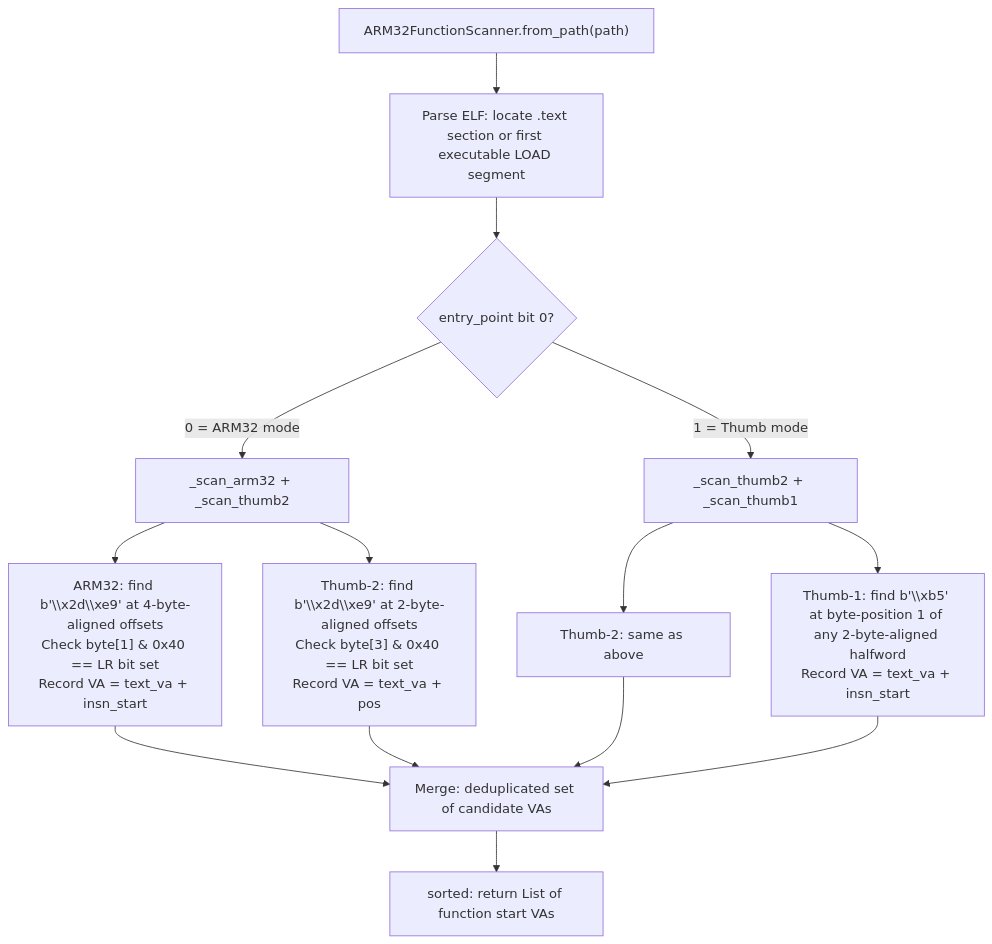
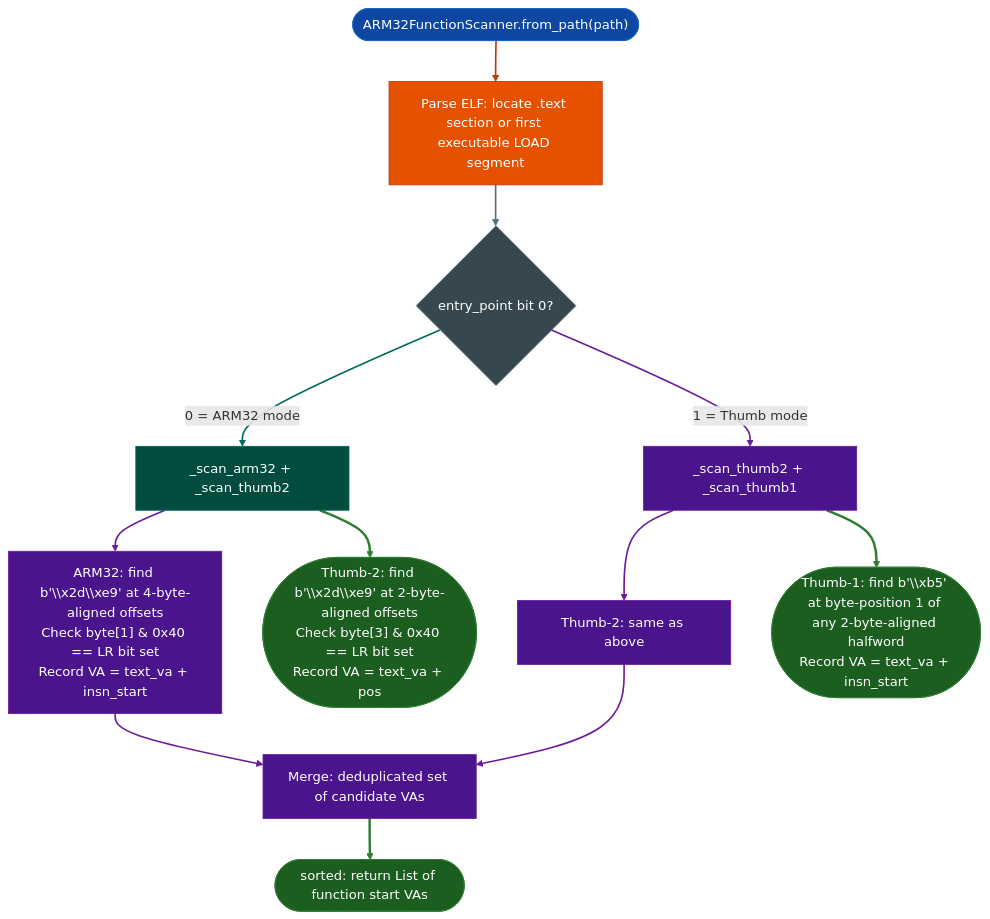
One commit to Ablation-Tool/ablation changed the diagram in docs/reference-modules/stripped-function-discovery.md. Above: the diagram before and after it, drawn with Mermaid. The commit also changed 320 other files, not shown here.

First line of the commit message:
docs: apply canonical Mermaid template to all 321 diagrams

````diff
--- a/docs/reference-modules/stripped-function-discovery.md
+++ b/docs/reference-modules/stripped-function-discovery.md
@@ -21,14 +21,31 @@
 ```mermaid
 flowchart TD
-    A["ARM32FunctionScanner.from_path(path)"] --> B[Parse ELF: locate .text section or first executable LOAD segment]
-    B --> C{entry_point bit 0?}
-    C -->|0 = ARM32 mode| D["_scan_arm32 + _scan_thumb2"]
-    C -->|1 = Thumb mode| E["_scan_thumb2 + _scan_thumb1"]
-    D --> F["ARM32: find b'\\x2d\\xe9' at 4-byte-aligned offsets\nCheck byte[1] & 0x40 == LR bit set\nRecord VA = text_va + insn_start"]
-    D --> G["Thumb-2: find b'\\x2d\\xe9' at 2-byte-aligned offsets\nCheck byte[3] & 0x40 == LR bit set\nRecord VA = text_va + pos"]
-    E --> H["Thumb-2: same as above"]
-    E --> I["Thumb-1: find b'\\xb5' at byte-position 1 of any 2-byte-aligned halfword\nRecord VA = text_va + insn_start"]
-    F & G --> J[Merge: deduplicated set of candidate VAs]
-    H & I --> J
-    J --> K[sorted: return List of function start VAs]
+    A(["ARM32FunctionScanner.from_path(path)"]):::input --> B["Parse ELF: locate .text section or first executable LOAD segment"]:::primary
+    B:::primary --> C{"entry_point bit 0?"}:::neutral
+    C:::neutral -->|0 = ARM32 mode| D["_scan_arm32 + _scan_thumb2"]:::secondary
+    C:::neutral -->|1 = Thumb mode| E["_scan_thumb2 + _scan_thumb1"]:::tertiary
+    D:::secondary --> F["ARM32: find b'\\x2d\\xe9' at 4-byte-aligned offsets\nCheck byte[1] & 0x40 == LR bit set\nRecord VA = text_va + insn_start"]:::tertiary
+    D:::secondary --> G(["Thumb-2: find b'\\x2d\\xe9' at 2-byte-aligned offsets\nCheck byte[3] & 0x40 == LR bit set\nRecord VA = text_va + pos"]):::output
+    E:::tertiary --> H["Thumb-2: same as above"]:::tertiary
+    E:::tertiary --> I(["Thumb-1: find b'\\xb5' at byte-position 1 of any 2-byte-aligned halfword\nRecord VA = text_va + insn_start"]):::output
+    F:::tertiary --> J["Merge: deduplicated set of candidate VAs"]:::tertiary
+    H:::tertiary --> J:::tertiary
+    J:::tertiary --> K(["sorted: return List of function start VAs"]):::output
+    classDef input     fill:#0d47a1,stroke:#1565c0,color:#fff
+    classDef primary   fill:#e65100,stroke:#bf360c,color:#fff
+    classDef secondary fill:#004d40,stroke:#00695c,color:#fff
+    classDef tertiary  fill:#4a148c,stroke:#6a1b9a,color:#fff
+    classDef neutral   fill:#37474f,stroke:#546e7a,color:#fff
+    classDef output    fill:#1b5e20,stroke:#2e7d32,color:#fff
+    linkStyle 0 stroke:#bf360c,stroke-width:2px
+    linkStyle 1 stroke:#546e7a,stroke-width:2px
+    linkStyle 2 stroke:#00695c,stroke-width:2px
+    linkStyle 3 stroke:#6a1b9a,stroke-width:2px
+    linkStyle 4 stroke:#6a1b9a,stroke-width:2px
+    linkStyle 5 stroke:#2e7d32,stroke-width:3px
+    linkStyle 6 stroke:#6a1b9a,stroke-width:2px
+    linkStyle 7 stroke:#2e7d32,stroke-width:3px
+    linkStyle 8 stroke:#6a1b9a,stroke-width:2px
+    linkStyle 9 stroke:#6a1b9a,stroke-width:2px
+    linkStyle 10 stroke:#2e7d32,stroke-width:3px
 ```
````
